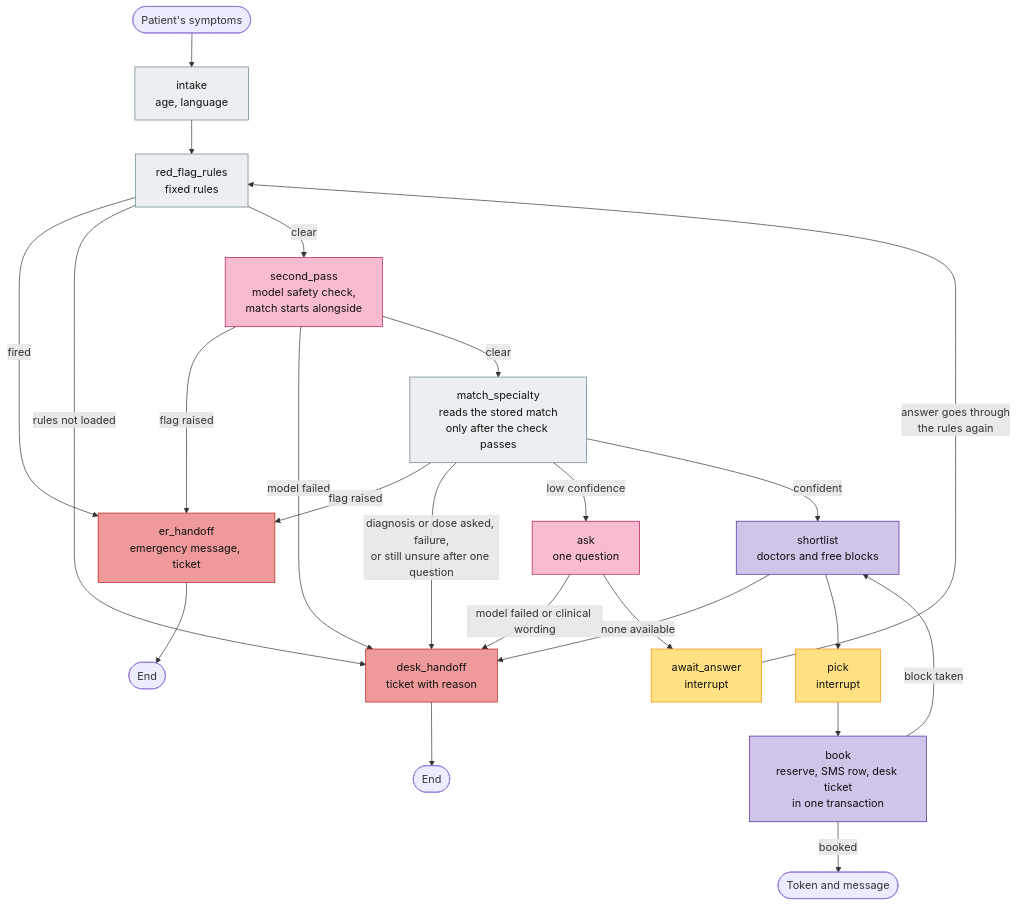
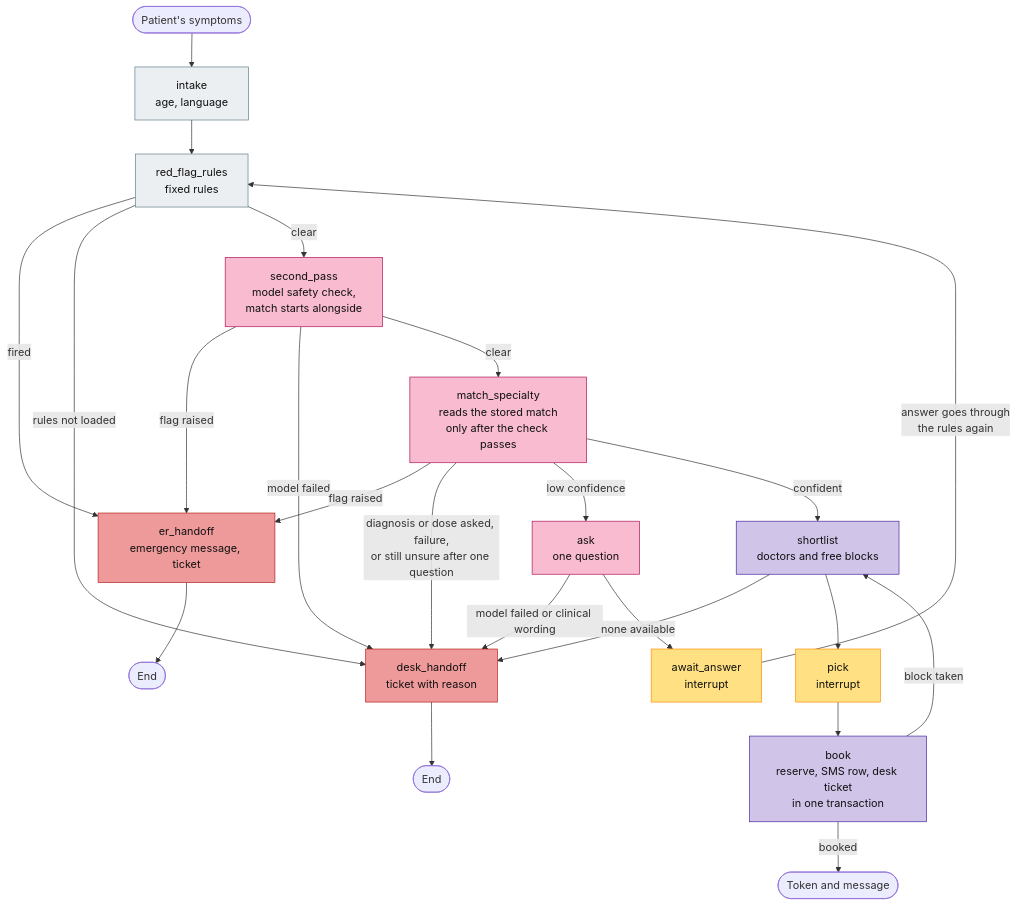
One commit to das0777/sahyog-care-companion changed the fourth of 9 diagrams in docs/architecture-pack.md. Above: the diagram before and after it, drawn with Mermaid. The commit also changed other lines of this file and 1 other file, not shown here.

First line of the commit message:
docs: four must-fix corrections from the AI review of the architecture pack

````diff
--- a/docs/architecture-pack.md
+++ b/docs/architecture-pack.md
@@ -269,42 +269,42 @@
 ```mermaid
 flowchart TD
     start([Patient's symptoms]) --> intake
     intake["intake<br/>age, language"] --> rules
     rules["red_flag_rules<br/>fixed rules"]
     rules -->|fired| er
     rules -->|rules not loaded| desk
     rules -->|clear| second
     second["second_pass<br/>model safety check,<br/>match starts alongside"]
     second -->|flag raised| er
     second -->|model failed| desk
     second -->|clear| match
     match["match_specialty<br/>reads the stored match<br/>only after the check passes"]
     match -->|flag raised| er
     match -->|diagnosis or dose asked, failure,<br/>or still unsure after one question| desk
     match -->|low confidence| ask
     match -->|confident| shortlist
     ask["ask<br/>one question"]
     ask -->|model failed or clinical wording| desk
     ask --> wait
     wait["await_answer<br/>interrupt"] -->|answer goes through<br/>the rules again| rules
     shortlist["shortlist<br/>doctors and free blocks"]
     shortlist -->|none available| desk
     shortlist --> pick
     pick["pick<br/>interrupt"] --> book
     book["book<br/>reserve, SMS row, desk ticket<br/>in one transaction"]
     book -->|block taken| shortlist
     book -->|booked| done([Token and message])
     er["er_handoff<br/>emergency message, ticket"] --> stop1([End])
     desk["desk_handoff<br/>ticket with reason"] --> stop2([End])
 
     classDef code fill:#eceff1,stroke:#607d8b,color:#111
     classDef model fill:#f8bbd0,stroke:#ad1457,color:#111
     classDef tool fill:#d1c4e9,stroke:#4527a0,color:#111
     classDef human fill:#ffe082,stroke:#ff8f00,color:#111
     classDef handoff fill:#ef9a9a,stroke:#b71c1c,color:#111
-    class intake,rules,match code
-    class second,ask model
+    class intake,rules code
+    class second,ask,match model
     class shortlist,book tool
     class wait,pick human
     class er,desk handoff
 ```
````
